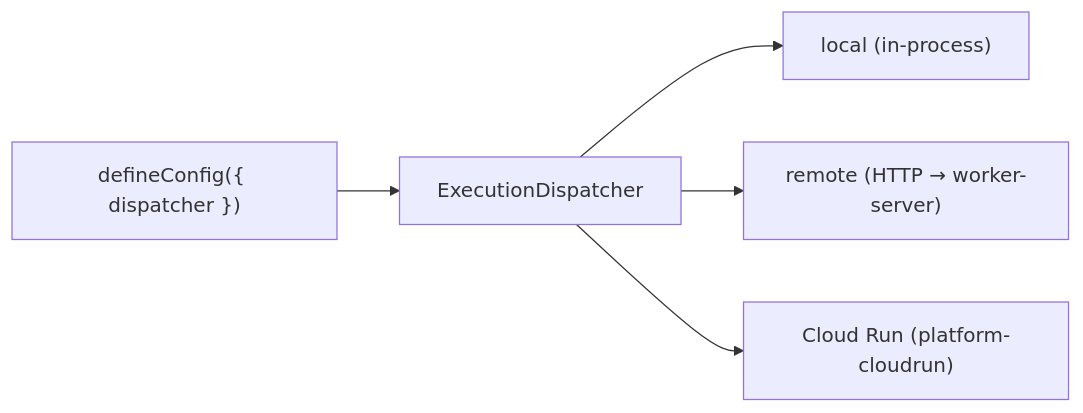
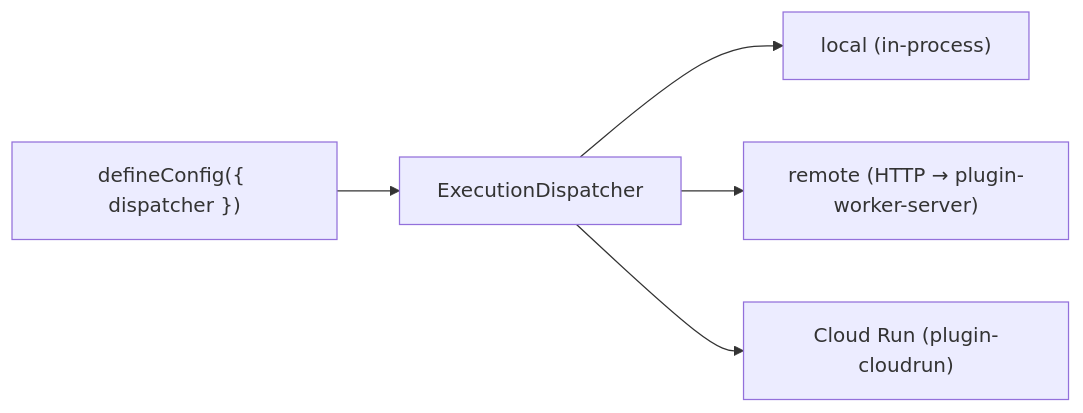
The diagram in docs/user-guide.md (chhetrisushil/loom), drawn with Mermaid before and after one commit. The commit also changed other lines of this file and 15 other files, not shown here.

````diff
--- a/docs/user-guide.md
+++ b/docs/user-guide.md
@@ -823,7 +845,7 @@
 ```mermaid
 flowchart LR
   cfg["defineConfig({ dispatcher })"] --> D["ExecutionDispatcher"]
   D --> L["local (in-process)"]
-  D --> R["remote (HTTP → worker-server)"]
-  D --> C["Cloud Run (platform-cloudrun)"]
+  D --> R["remote (HTTP → plugin-worker-server)"]
+  D --> C["Cloud Run (plugin-cloudrun)"]
 ```
````
